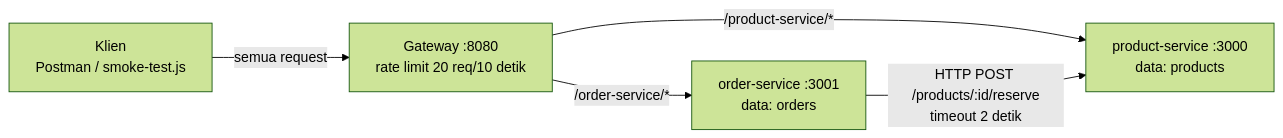
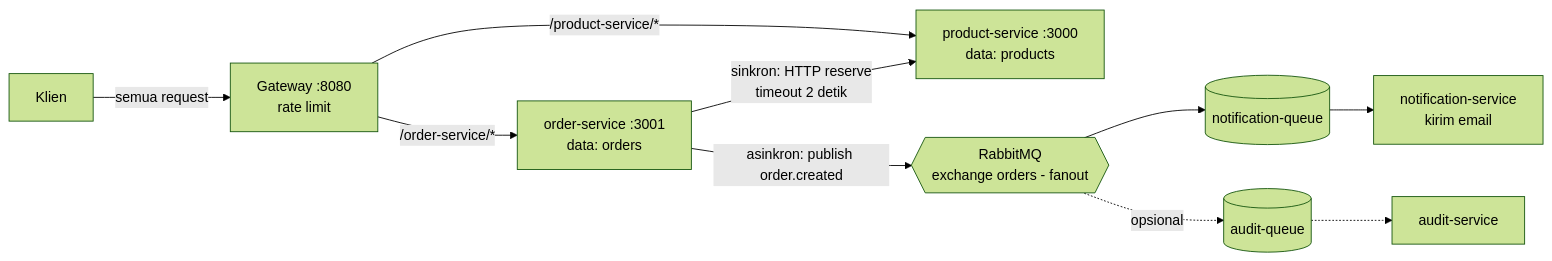
The diagram in toko/README.md (rhezadaniel7/week9-webservices-daniel), drawn with Mermaid (forest theme) before and after one commit. The commit also changed other lines of this file and 586 other files, not shown here.

````diff
--- a/toko/README.md
+++ b/toko/README.md
@@ -18,7 +20,12 @@
 ```mermaid
 graph LR
-    K[Klien<br/>Postman / smoke-test.js] -->|semua request| G[Gateway :8080<br/>rate limit 20 req/10 detik]
+    K[Klien] -->|semua request| G[Gateway :8080<br/>rate limit]
     G -->|/product-service/*| P[product-service :3000<br/>data: products]
     G -->|/order-service/*| O[order-service :3001<br/>data: orders]
-    O -->|HTTP POST /products/:id/reserve<br/>timeout 2 detik| P
+    O -->|sinkron: HTTP reserve<br/>timeout 2 detik| P
+    O -->|asinkron: publish order.created| X{{RabbitMQ<br/>exchange orders - fanout}}
+    X --> NQ[(notification-queue)]
+    X -.->|opsional| AQ[(audit-queue)]
+    NQ --> N[notification-service<br/>kirim email]
+    AQ -.-> A[audit-service]
 ```
````
